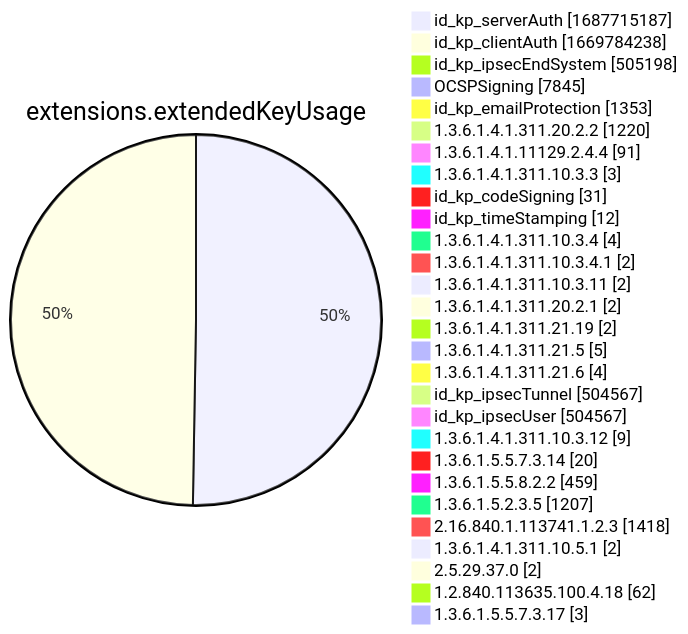
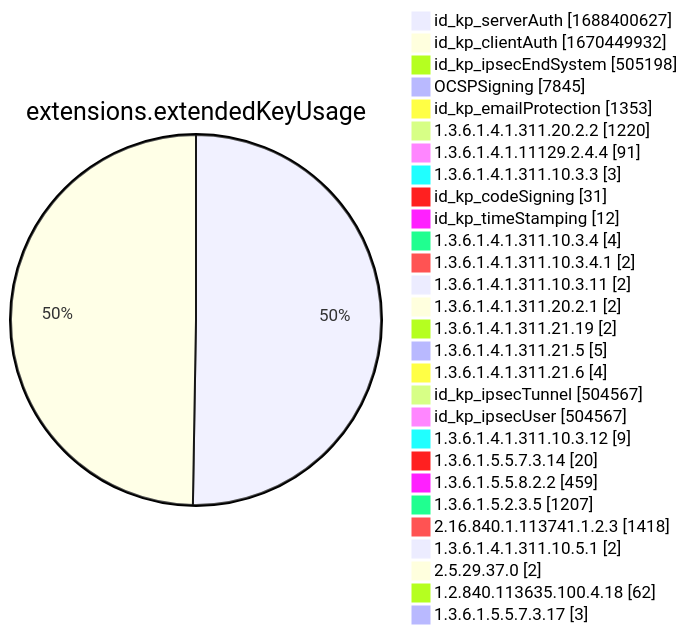
One commit to christiankrug/ctmonitor_visualization changed diagram 12 of 15 in xenon2022/README.md. Above: the diagram before and after it, drawn with Mermaid. The commit also changed other lines of this file, not shown here.

````diff
--- a/xenon2022/README.md
+++ b/xenon2022/README.md
@@ -3888,32 +3888,32 @@
 ```mermaid
 pie showData
 title extensions.extendedKeyUsage
-"id_kp_serverAuth" :1687715187
-"id_kp_clientAuth" :1669784238
+"id_kp_serverAuth" :1688400627
+"id_kp_clientAuth" :1670449932
 "id_kp_ipsecEndSystem" :505198
 "OCSPSigning" :7845
 "id_kp_emailProtection" :1353
 "1.3.6.1.4.1.311.20.2.2" :1220
 "1.3.6.1.4.1.11129.2.4.4" :91
 "1.3.6.1.4.1.311.10.3.3" :3
 "id_kp_codeSigning" :31
 "id_kp_timeStamping" :12
 "1.3.6.1.4.1.311.10.3.4" :4
 "1.3.6.1.4.1.311.10.3.4.1" :2
 "1.3.6.1.4.1.311.10.3.11" :2
 "1.3.6.1.4.1.311.20.2.1" :2
 "1.3.6.1.4.1.311.21.19" :2
 "1.3.6.1.4.1.311.21.5" :5
 "1.3.6.1.4.1.311.21.6" :4
 "id_kp_ipsecTunnel" :504567
 "id_kp_ipsecUser" :504567
 "1.3.6.1.4.1.311.10.3.12" :9
 "1.3.6.1.5.5.7.3.14" :20
 "1.3.6.1.5.5.8.2.2" :459
 "1.3.6.1.5.2.3.5" :1207
 "2.16.840.1.113741.1.2.3" :1418
 "1.3.6.1.4.1.311.10.5.1" :2
 "2.5.29.37.0" :2
 "1.2.840.113635.100.4.18" :62
 "1.3.6.1.5.5.7.3.17" :3
 ```
````
